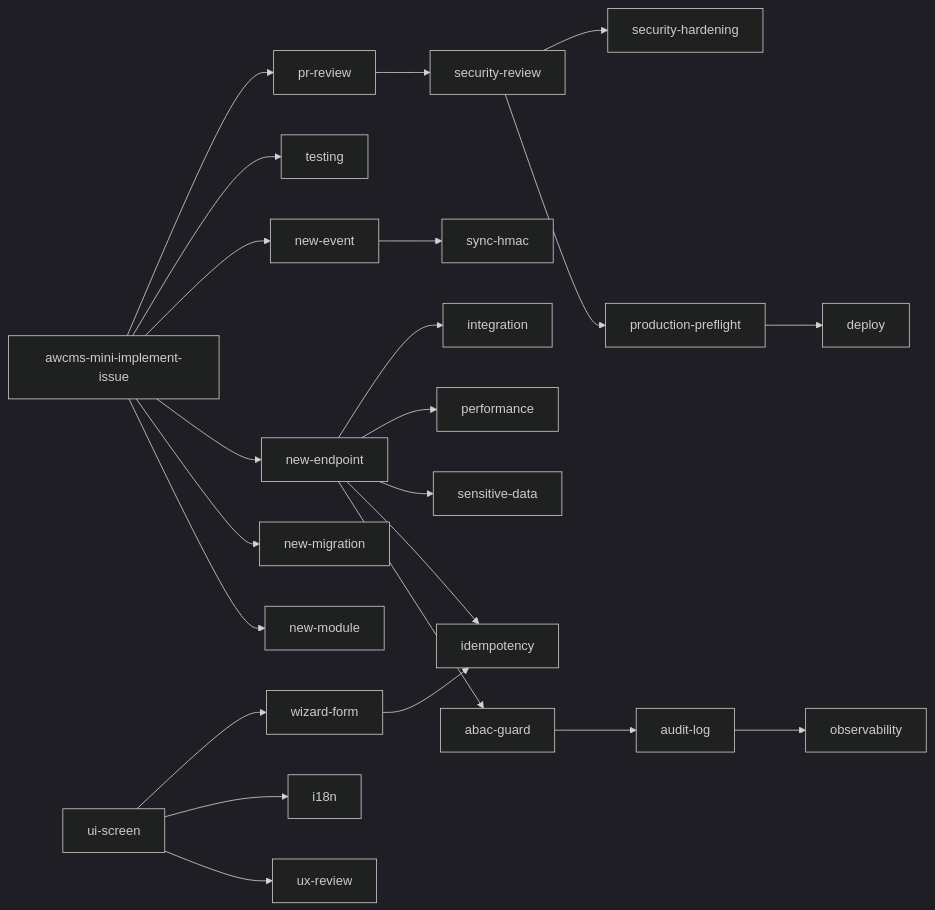
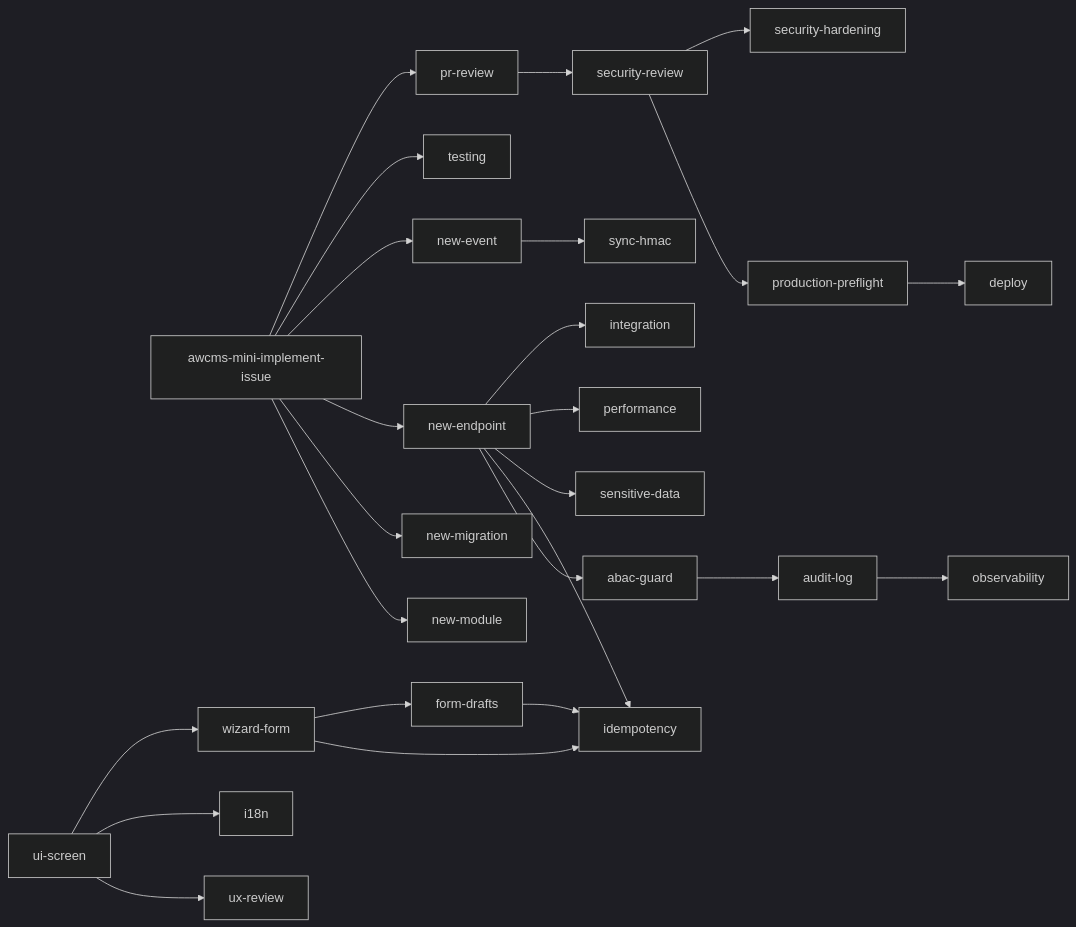
One commit to ahliweb/awcms-mini changed the third of 5 diagrams in AGENTS.md. Above: the diagram before and after it, drawn with Mermaid (dark theme). The commit also changed other lines of this file and 27 other files, not shown here.

````diff
--- a/AGENTS.md
+++ b/AGENTS.md
@@ -133,23 +134,25 @@
 ```mermaid
 flowchart LR
   II[awcms-mini-implement-issue] --> NM[new-module]
   II --> MIG[new-migration]
   II --> EP[new-endpoint]
   II --> EV[new-event]
   II --> TST[testing]
   EP --> ABAC[abac-guard]
   EP --> IDEM[idempotency]
   ABAC --> AUD[audit-log]
   AUD --> OBS[observability]
   EP --> SD[sensitive-data]
   EV --> SYNC[sync-hmac]
   II --> PR[pr-review] --> SEC[security-review] --> PF[production-preflight]
   PF --> DEP[deploy]
   UI2[ui-screen] --> UXR[ux-review]
   UI2 --> I18N[i18n]
   UI2 --> WIZ[wizard-form]
   WIZ --> IDEM
+  WIZ --> DRAFT[form-drafts]
+  DRAFT --> IDEM
   EP --> PERF[performance]
   EP --> INT[integration]
   SEC --> HARD[security-hardening]
 ```
````
